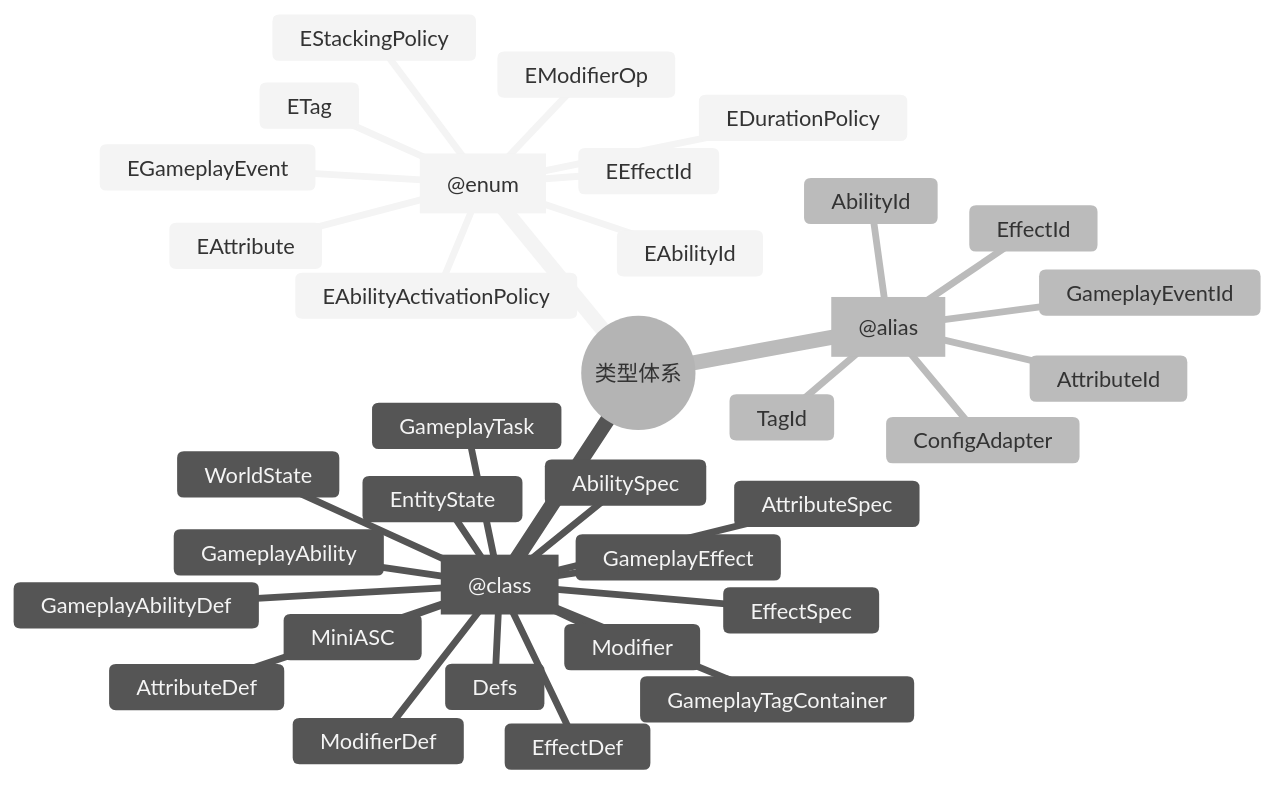
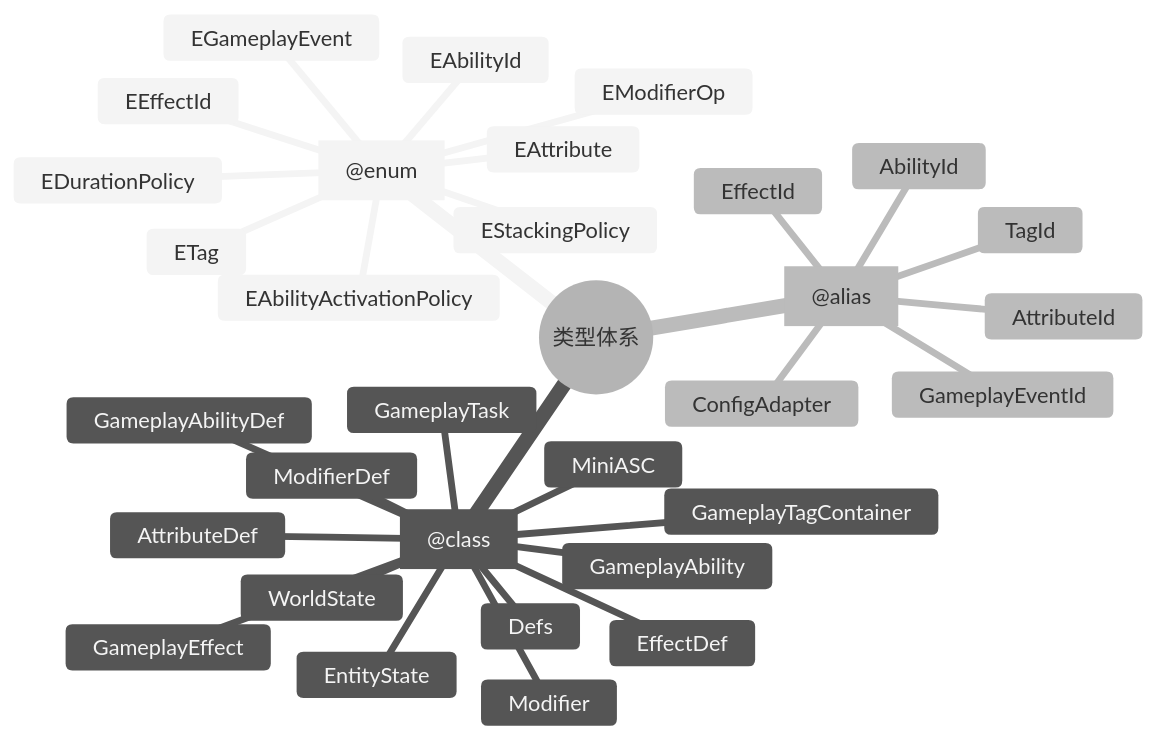
One commit to caorenmei/cgas changed the third of 3 diagrams in docs/specs/mini_gas/architecture.md. Above: the diagram before and after it, drawn with Mermaid. The commit also changed other lines of this file and 11 other files, not shown here.

````diff
--- a/docs/specs/mini_gas/architecture.md
+++ b/docs/specs/mini_gas/architecture.md
@@ -83,39 +89,36 @@
 ```mermaid
 %%{init: {'theme': 'neutral'}}%%
 mindmap
   root((类型体系))
     idEnum["@enum"]
       EModifierOp
       EDurationPolicy
       EStackingPolicy
       EAbilityActivationPolicy
       EAttribute
       ETag
       EAbilityId
       EEffectId
       EGameplayEvent
     idClass["@class"]
       MiniASC
       Defs
       EntityState
       WorldState
       GameplayAbility
       GameplayAbilityDef
       GameplayEffect
       EffectDef
       Modifier
       ModifierDef
       AttributeDef
       GameplayTagContainer
       GameplayTask
-      AbilitySpec
-      EffectSpec
-      AttributeSpec
     idAlias["@alias"]
       TagId
       AttributeId
       AbilityId
       EffectId
       GameplayEventId
       ConfigAdapter
 ```
````
